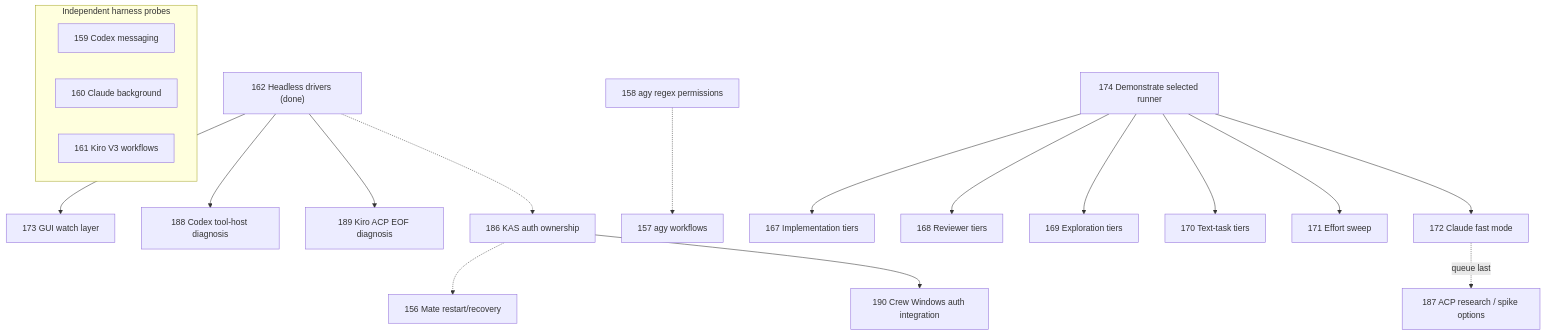
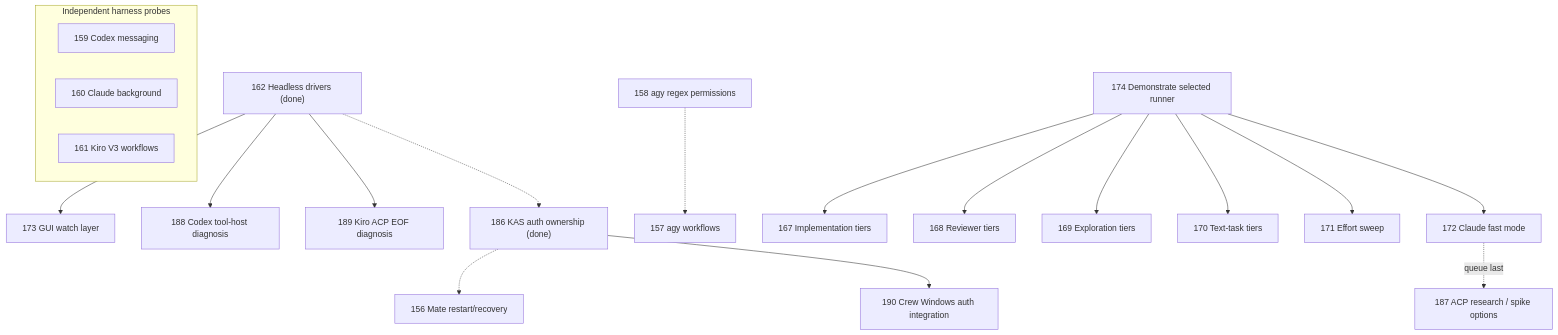
Before and after one commit to smileynet/grey-matter: the diagram in docs/plan.md, drawn with Mermaid. The commit also changed other lines of this file and 1 other file, not shown here.

Commit message:
docs(status): record KAS authentication routing findings

````diff
--- a/docs/plan.md
+++ b/docs/plan.md
@@ -210,22 +209,22 @@
 ```mermaid
 flowchart TD
   D162["162 Headless drivers (done)"] --> G173["173 GUI watch layer"]
   D162 --> C188["188 Codex tool-host diagnosis"]
   D162 --> K189["189 Kiro ACP EOF diagnosis"]
-  D162 -.-> A186["186 KAS auth ownership"]
+  D162 -.-> A186["186 KAS auth ownership (done)"]
   A186 -.-> M156["156 Mate restart/recovery"]
   A186 --> A190["190 Crew Windows auth integration"]
   P158["158 agy regex permissions"] -.-> W157["157 agy workflows"]
   subgraph Other["Independent harness probes"]
     C159["159 Codex messaging"]
     B160["160 Claude background"]
     K161["161 Kiro V3 workflows"]
   end
   R174["174 Demonstrate selected runner"] --> I167["167 Implementation tiers"]
   R174 --> V168["168 Reviewer tiers"]
   R174 --> E169["169 Exploration tiers"]
   R174 --> T170["170 Text-task tiers"]
   R174 --> F171["171 Effort sweep"]
   R174 --> S172["172 Claude fast mode"]
   S172 -. "queue last" .-> Q187["187 ACP research / spike options"]
 ```
````
